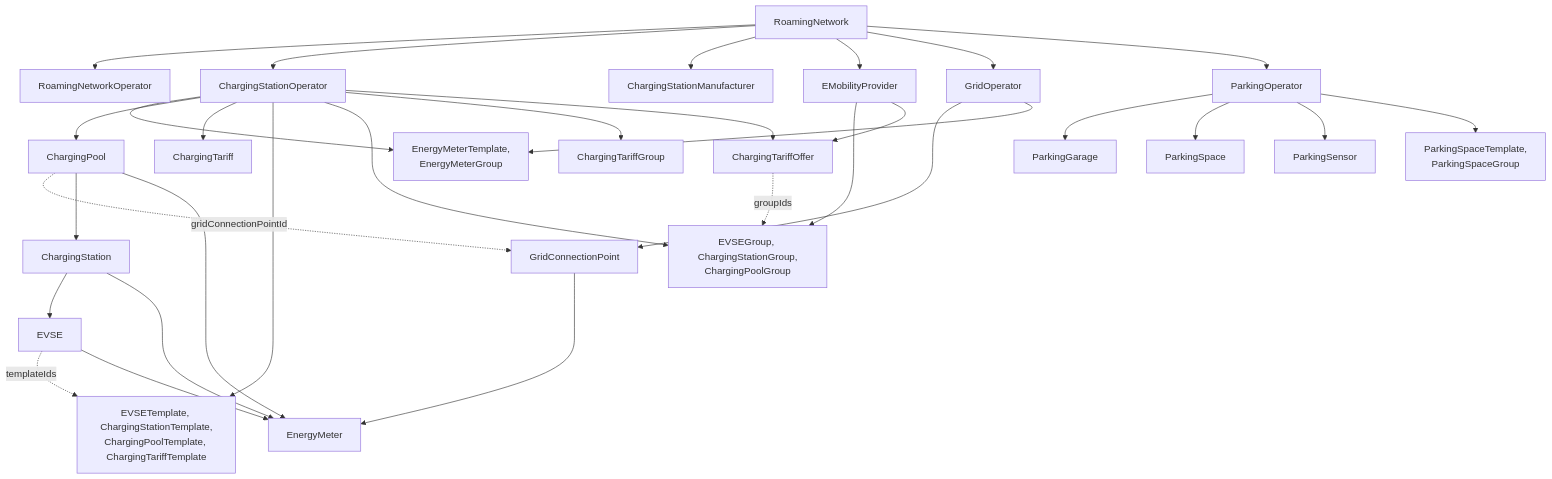
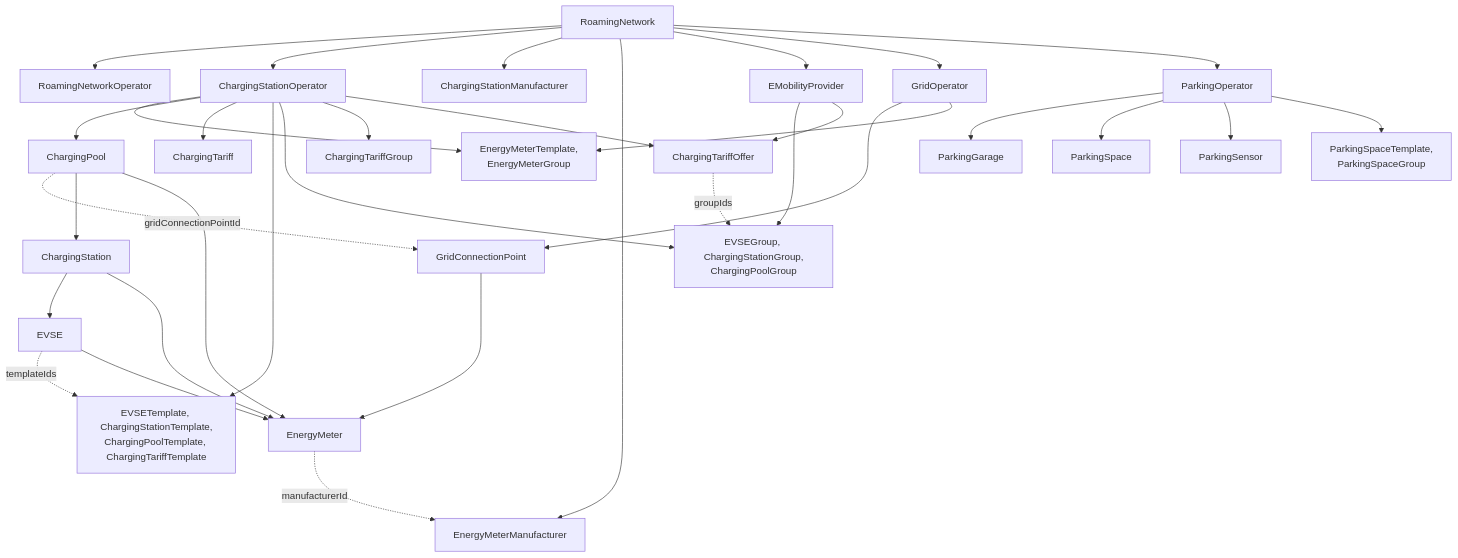
The diagram in docs/README.md (OpenChargingCloud/WWCP_POI), drawn with Mermaid before and after one commit. The commit also changed 14 other files, not shown here.

First line of the commit message:
Examples A1 and A2 as one C# console project, with POI 3 alone; their docs as the code runs now; the energy meter manufacturer in the docs of the roaming network

````diff
--- a/docs/README.md
+++ b/docs/README.md
@@ -13,33 +13,35 @@
 ```mermaid
 flowchart TD
     RoamingNetwork --> RoamingNetworkOperator
     RoamingNetwork --> ChargingStationOperator
     RoamingNetwork --> ChargingStationManufacturer
+    RoamingNetwork --> EnergyMeterManufacturer
+    EnergyMeter -. manufacturerId .-> EnergyMeterManufacturer
     RoamingNetwork --> EMobilityProvider
     RoamingNetwork --> GridOperator
     RoamingNetwork --> ParkingOperator
     GridOperator --> GridConnectionPoint
     GridConnectionPoint --> EnergyMeter
     GridOperator --> MeterTemplatesGroups["EnergyMeterTemplate,<br/>EnergyMeterGroup"]
     ChargingStationOperator --> MeterTemplatesGroups
     ChargingPool -. gridConnectionPointId .-> GridConnectionPoint
     ChargingStationOperator --> ChargingPool
     ChargingStationOperator --> ChargingTariff
     ChargingStationOperator --> Templates["EVSETemplate, ChargingStationTemplate,<br/>ChargingPoolTemplate, ChargingTariffTemplate"]
     ChargingStationOperator --> Groups["EVSEGroup, ChargingStationGroup,<br/>ChargingPoolGroup"]
     ChargingStationOperator --> ChargingTariffGroup
     ChargingStationOperator --> ChargingTariffOffer
     EMobilityProvider --> Groups
     EMobilityProvider --> ChargingTariffOffer
     ChargingTariffOffer -. groupIds .-> Groups
     EVSE -. templateIds .-> Templates
     ChargingPool --> ChargingStation
     ChargingStation --> EVSE
     ChargingPool --> EnergyMeter
     ChargingStation --> EnergyMeter
     EVSE --> EnergyMeter
     ParkingOperator --> ParkingGarage
     ParkingOperator --> ParkingSpace
     ParkingOperator --> ParkingSensor
     ParkingOperator --> ParkingTemplatesGroups["ParkingSpaceTemplate,<br/>ParkingSpaceGroup"]
 ```
````
